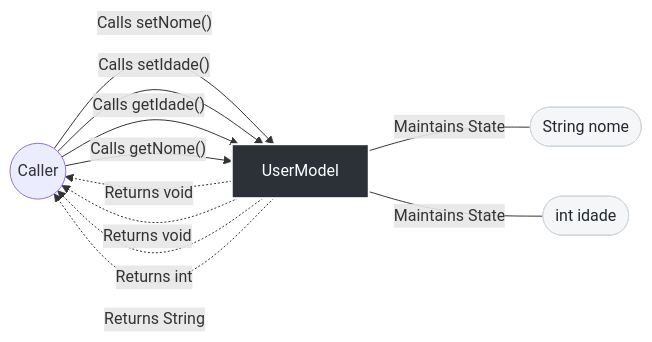
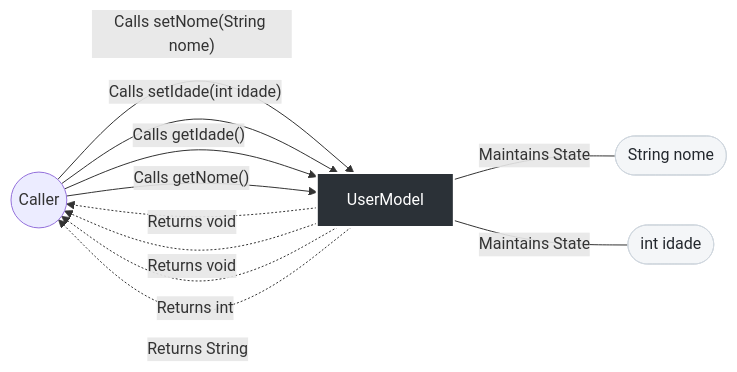
The diagram in docs/UserModel.md (FelipeMCassiano/geanky), drawn with Mermaid before and after one commit. The commit also changed other lines of this file and 4 other files, not shown here.

````diff
--- a/docs/UserModel.md
+++ b/docs/UserModel.md
@@ -33,36 +33,36 @@
 ```mermaid
 flowchart LR
     %% Styling
     classDef classNode fill:#2b3137,stroke:#fff,stroke-width:2px,color:#fff;
     classDef stateNode fill:#f4f6f8,stroke:#d0d7de,color:#24292f;
     classDef extNode fill:#0366d6,stroke:#fff,stroke-width:2px,color:#fff;
     
     Caller(("Caller"))
     ThisClass["UserModel"]:::classNode
 
     %% Method Calls
     
-    Caller -- "Calls setNome()" --> ThisClass
+    Caller -- "Calls setNome(String nome)" --> ThisClass
     ThisClass -. "Returns void" .-> Caller
     
-    Caller -- "Calls setIdade()" --> ThisClass
+    Caller -- "Calls setIdade(int idade)" --> ThisClass
     ThisClass -. "Returns void" .-> Caller
     
     Caller -- "Calls getIdade()" --> ThisClass
     ThisClass -. "Returns int" .-> Caller
     
     Caller -- "Calls getNome()" --> ThisClass
     ThisClass -. "Returns String" .-> Caller
     
 
     %% State vs External Dependencies
     
     
     ThisClass -- "Maintains State" --- State_nome(["String nome"]):::stateNode
     
     
     
     ThisClass -- "Maintains State" --- State_idade(["int idade"]):::stateNode
     
     
 ```
````
